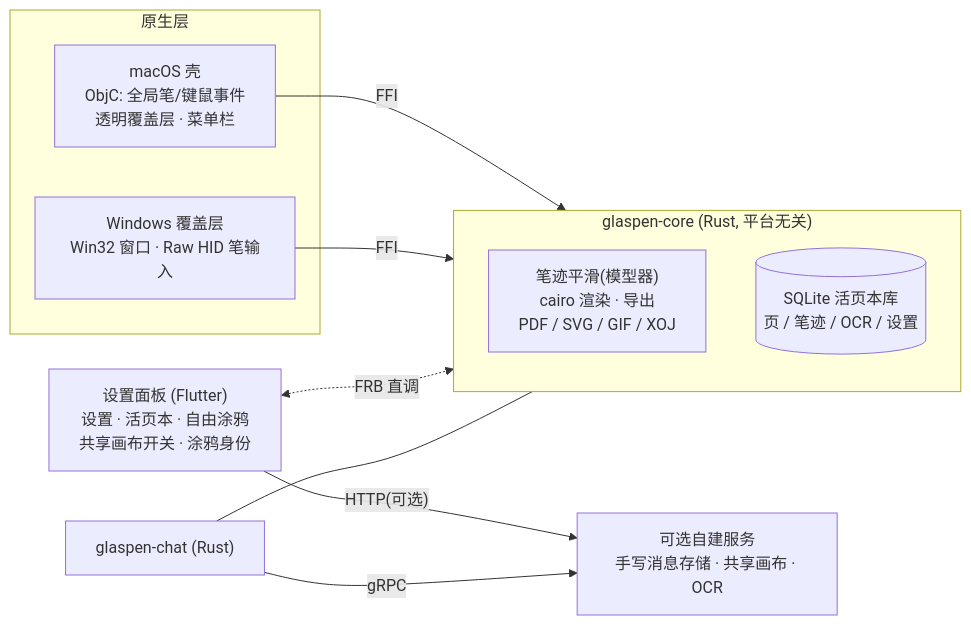
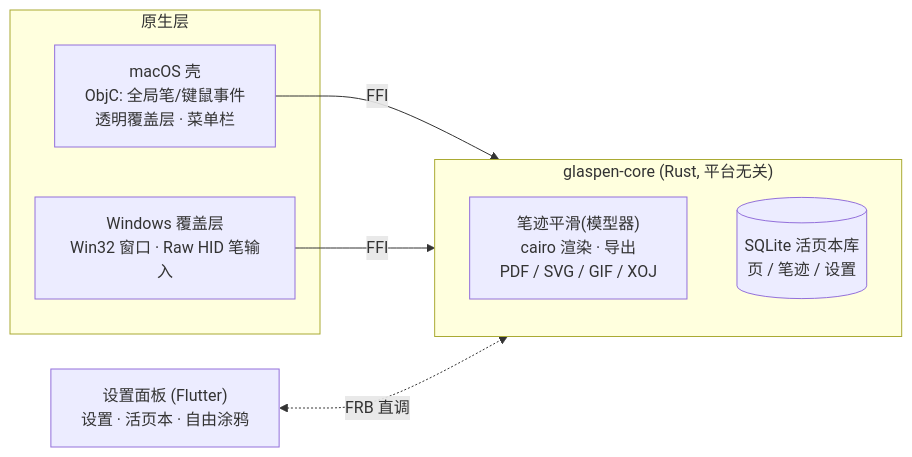
Before and after one commit to liuluopeng/glaspen2: the diagram in README.md, drawn with Mermaid. The commit also changed other lines of this file, not shown here.

Commit message:
docs(readme): 删除自建服务相关介绍(AXUM/chat 节点与边、OCR 服务行、⌘⌃3 直发); 更新过时描述——描边蚂蚁线+软阴影、活页本拖拽重排/页面详情/外观切换、笔键橡皮支持

````diff
--- a/README.md
+++ b/README.md
@@ -64,29 +64,23 @@
 ```mermaid
 flowchart LR
     subgraph native["原生层"]
         MAC["macOS 壳
 ObjC: 全局笔/键鼠事件
 透明覆盖层 · 菜单栏"]
         WIN["Windows 覆盖层
 Win32 窗口 · Raw HID 笔输入"]
     end
     subgraph core["glaspen-core (Rust, 平台无关)"]
         ENGINE["笔迹平滑(模型器)
 cairo 渲染 · 导出
 PDF / SVG / GIF / XOJ"]
         DB[("SQLite 活页本库
-页 / 笔迹 / OCR / 设置")]
+页 / 笔迹 / 设置")]
     end
     PANEL["设置面板 (Flutter)
-设置 · 活页本 · 自由涂鸦
-共享画布开关 · 涂鸦身份"]
-    AXUM["可选自建服务
-手写消息存储 · 共享画布 · OCR"]
+设置 · 活页本 · 自由涂鸦"]
 
     MAC -- "FFI" --> core
     WIN -- "FFI" --> core
     PANEL <-. "FRB 直调" .-> core
-    PANEL -- "HTTP(可选)" --> AXUM
-    CHAT["glaspen-chat (Rust)"] -- "gRPC" --> AXUM
-    CHAT --- core
 ```
````
